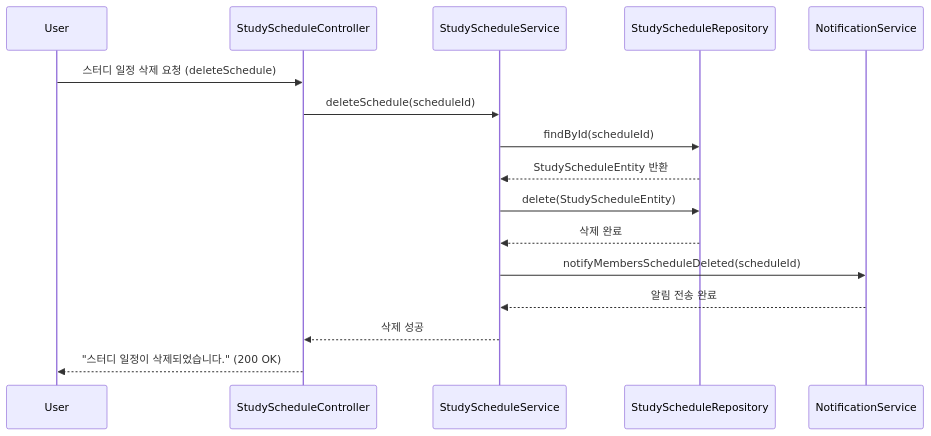
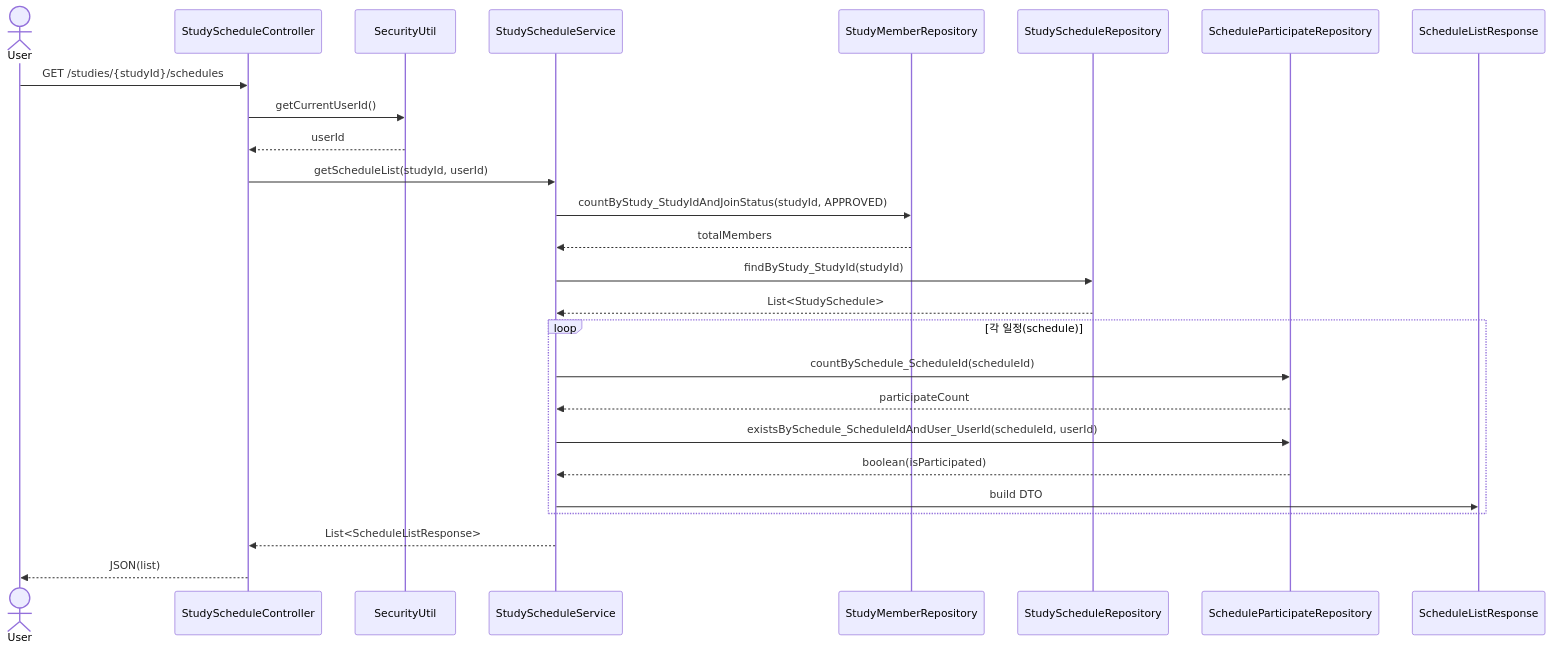
Diagram 28 of 47 in SDS_[깃라잡이].md (OHWCH/se_dev), drawn with Mermaid before and after one commit. The commit also changed other lines of this file, not shown here.

Commit message:
스터디 시퀀스 다이어그램

````diff
--- a/SDS_[깃라잡이].md
+++ b/SDS_[깃라잡이].md
@@ -5152,20 +5390,34 @@
 ```mermaid
 sequenceDiagram
-    participant User
-    participant StudyScheduleController
-    participant StudyScheduleService
-    participant StudyScheduleRepository
-    participant NotificationService
+    actor User
+    User ->> StudyScheduleController: GET /studies/{studyId}/schedules
+    StudyScheduleController ->> SecurityUtil: getCurrentUserId()
+    SecurityUtil -->> StudyScheduleController: userId
 
-    User->>StudyScheduleController: 스터디 일정 삭제 요청 (deleteSchedule)
-    StudyScheduleController->>StudyScheduleService: deleteSchedule(scheduleId)
-    StudyScheduleService->>StudyScheduleRepository: findById(scheduleId)
-    StudyScheduleRepository-->>StudyScheduleService: StudyScheduleEntity 반환
-    StudyScheduleService->>StudyScheduleRepository: delete(StudyScheduleEntity)
-    StudyScheduleRepository-->>StudyScheduleService: 삭제 완료
-    StudyScheduleService->>NotificationService: notifyMembersScheduleDeleted(scheduleId)
-    NotificationService-->>StudyScheduleService: 알림 전송 완료
-    StudyScheduleService-->>StudyScheduleController: 삭제 성공
-    StudyScheduleController-->>User: "스터디 일정이 삭제되었습니다." (200 OK)
+    StudyScheduleController ->> StudyScheduleService: getScheduleList(studyId, userId)
+
+    %% 1. 전체 멤버 수 조회 (APPROVED)
+    StudyScheduleService ->> StudyMemberRepository: countByStudy_StudyIdAndJoinStatus(studyId, APPROVED)
+    StudyMemberRepository -->> StudyScheduleService: totalMembers
+
+    %% 2. 일정 전체 조회
+    StudyScheduleService ->> StudyScheduleRepository: findByStudy_StudyId(studyId)
+    StudyScheduleRepository -->> StudyScheduleService: List<StudySchedule>
+
+    loop 각 일정(schedule)
+        %% 참여 인원 조회
+        StudyScheduleService ->> ScheduleParticipateRepository: countBySchedule_ScheduleId(scheduleId)
+        ScheduleParticipateRepository -->> StudyScheduleService: participateCount
+
+        %% 본인 참여 여부
+        StudyScheduleService ->> ScheduleParticipateRepository: existsBySchedule_ScheduleIdAndUser_UserId(scheduleId, userId)
+        ScheduleParticipateRepository -->> StudyScheduleService: boolean(isParticipated)
+
+        %% DTO 변환
+        StudyScheduleService ->> ScheduleListResponse: build DTO
+    end
+
+    StudyScheduleService -->> StudyScheduleController: List<ScheduleListResponse>
+    StudyScheduleController -->> User: JSON(list)
 
 ```
````
